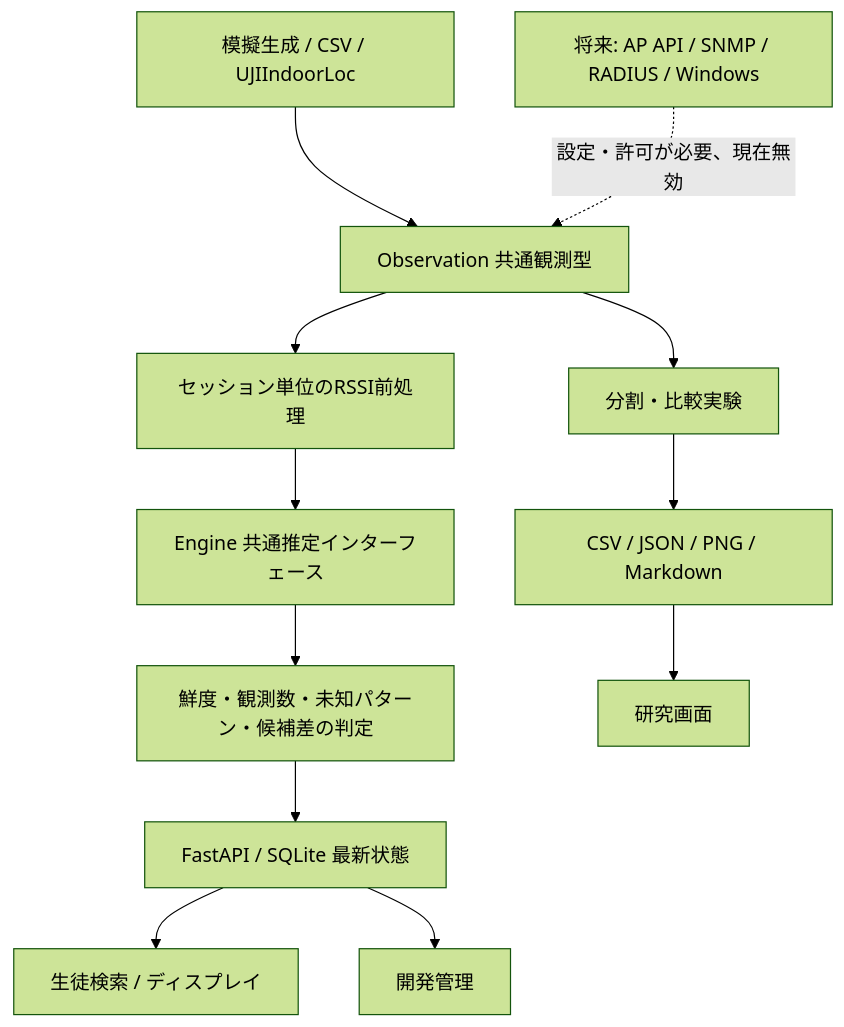
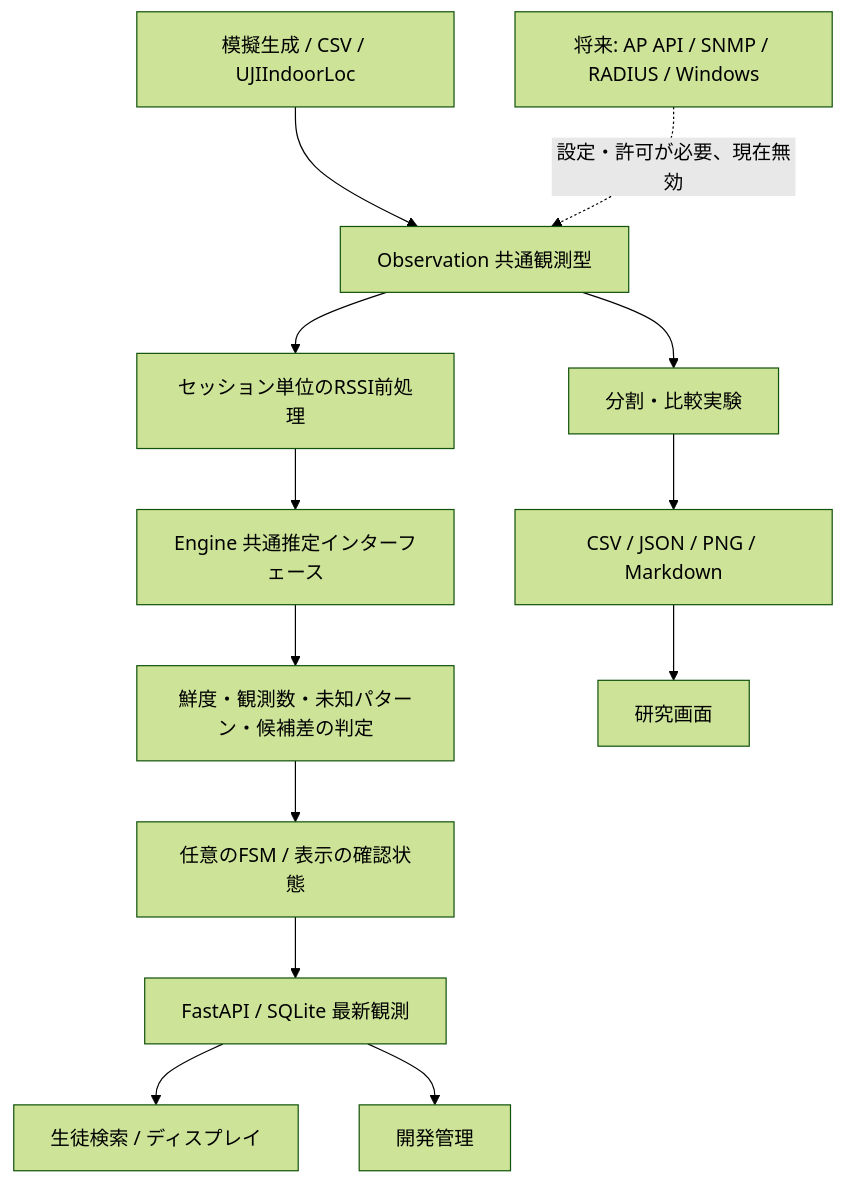
The diagram in docs/ARCHITECTURE.md (suzur4/wifi-location-estimation), drawn with Mermaid (forest theme) before and after one commit. The commit also changed other lines of this file and 23 other files, not shown here.

````diff
--- a/docs/ARCHITECTURE.md
+++ b/docs/ARCHITECTURE.md
@@ -3,14 +3,15 @@
 ```mermaid
 flowchart TD
   S[模擬生成 / CSV / UJIIndoorLoc] --> O[Observation 共通観測型]
   N[将来: AP API / SNMP / RADIUS / Windows] -. 設定・許可が必要、現在無効 .-> O
   O --> P[セッション単位のRSSI前処理]
   P --> E[Engine 共通推定インターフェース]
   E --> G[鮮度・観測数・未知パターン・候補差の判定]
-  G --> A[FastAPI / SQLite 最新状態]
+  G --> F[任意のFSM / 表示の確認状態]
+  F --> A[FastAPI / SQLite 最新観測]
   A --> U[生徒検索 / ディスプレイ]
   A --> D[開発管理]
   O --> X[分割・比較実験]
   X --> R[CSV / JSON / PNG / Markdown]
   R --> V[研究画面]
 ```
````
